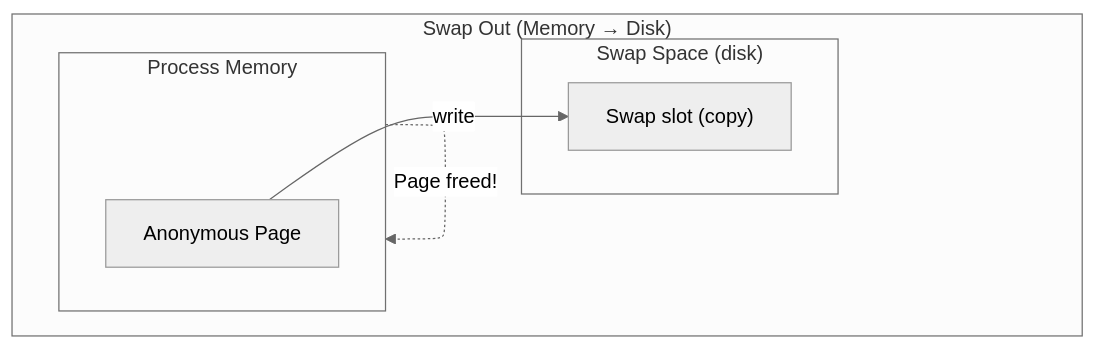
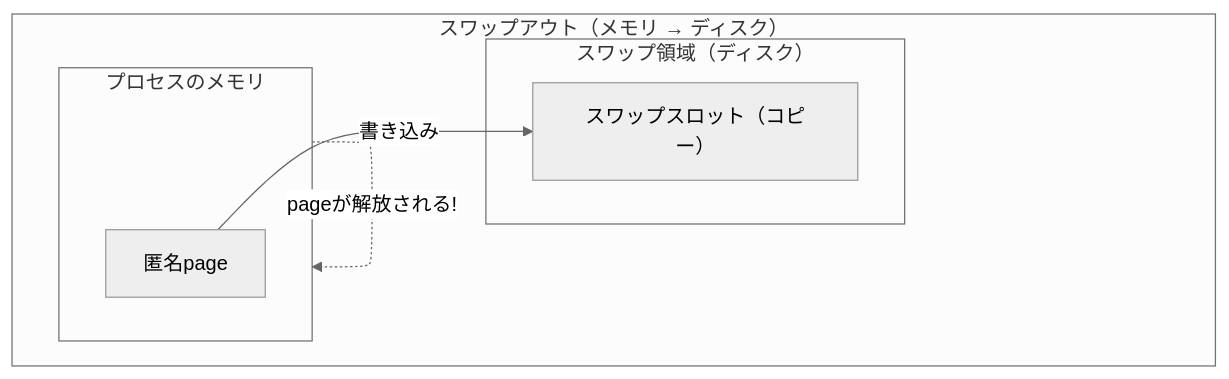
The first of 16 diagrams in docs/mm/swapping.md (doguto/linux-kernel-internals-jp), drawn with Mermaid (neutral theme) before and after one commit. The commit also changed other lines of this file and 27 other files, not shown here.

````diff
--- a/docs/mm/swapping.md
+++ b/docs/mm/swapping.md
@@ -9,14 +9,14 @@
 ```mermaid
 flowchart LR
-    subgraph SwapOut["Swap Out (Memory → Disk)"]
+    subgraph SwapOut["スワップアウト（メモリ → ディスク）"]
         direction LR
-        subgraph PM1["Process Memory"]
-            AP["Anonymous Page"]
+        subgraph PM1["プロセスのメモリ"]
+            AP["匿名page"]
         end
-        subgraph SS1["Swap Space (disk)"]
-            SL1["Swap slot (copy)"]
+        subgraph SS1["スワップ領域（ディスク）"]
+            SL1["スワップスロット（コピー）"]
         end
-        AP -->|write| SL1
-        PM1 -.->|Page freed!| PM1
+        AP -->|書き込み| SL1
+        PM1 -.->|pageが解放される!| PM1
     end
 ```
````
